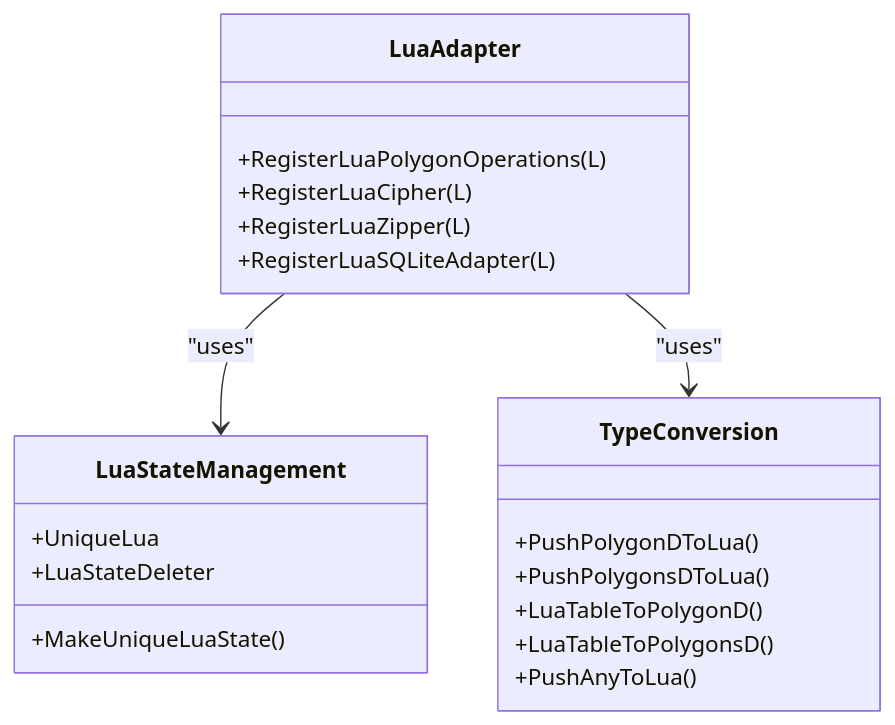
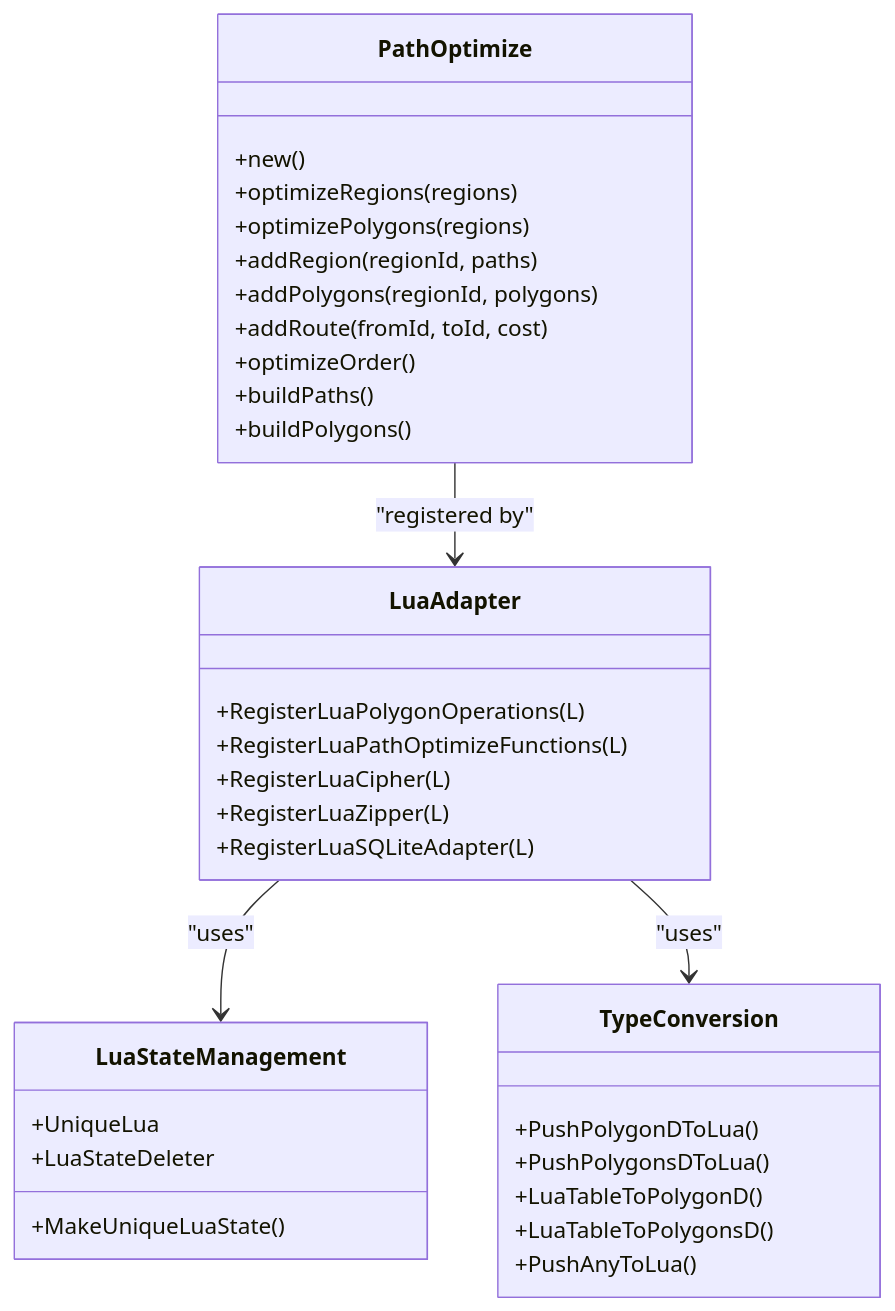
The second of 8 diagrams in .qoder/repowiki/en/content/Extensibility via Lua/Extensibility via Lua.md (hsmbanlance/HsBaSlicer), drawn with Mermaid before and after one commit. The commit also changed other lines of this file and 11 other files, not shown here.

````diff
--- a/.qoder/repowiki/en/content/Extensibility via Lua/Extensibility via Lua.md
+++ b/.qoder/repowiki/en/content/Extensibility via Lua/Extensibility via Lua.md
@@ -78,23 +100,36 @@
 ```mermaid
 classDiagram
 class LuaAdapter {
 +RegisterLuaPolygonOperations(L)
++RegisterLuaPathOptimizeFunctions(L)
 +RegisterLuaCipher(L)
 +RegisterLuaZipper(L)
 +RegisterLuaSQLiteAdapter(L)
 }
 class LuaStateManagement {
 +MakeUniqueLuaState()
 +UniqueLua
 +LuaStateDeleter
 }
 class TypeConversion {
 +PushPolygonDToLua()
 +PushPolygonsDToLua()
 +LuaTableToPolygonD()
 +LuaTableToPolygonsD()
 +PushAnyToLua()
 }
+class PathOptimize {
++new()
++optimizeRegions(regions)
++optimizePolygons(regions)
++addRegion(regionId, paths)
++addPolygons(regionId, polygons)
++addRoute(fromId, toId, cost)
++optimizeOrder()
++buildPaths()
++buildPolygons()
+}
 LuaAdapter --> LuaStateManagement : "uses"
 LuaAdapter --> TypeConversion : "uses"
+PathOptimize --> LuaAdapter : "registered by"
 ```
````
